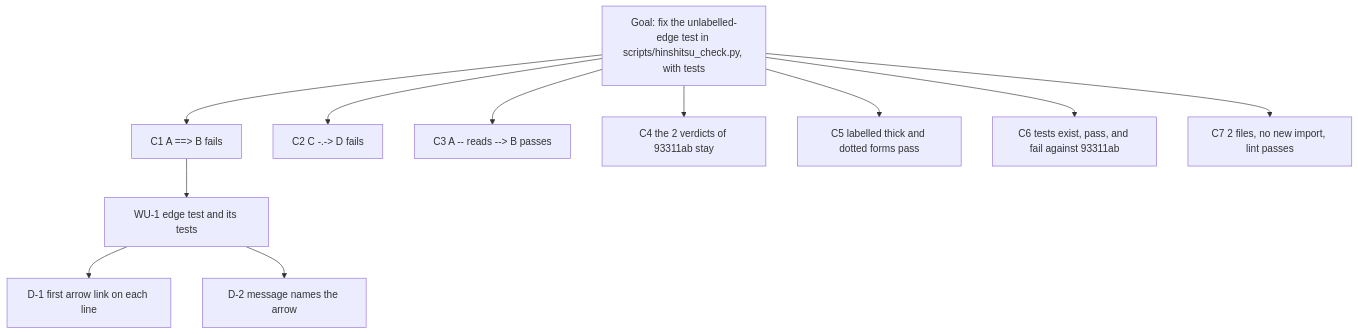
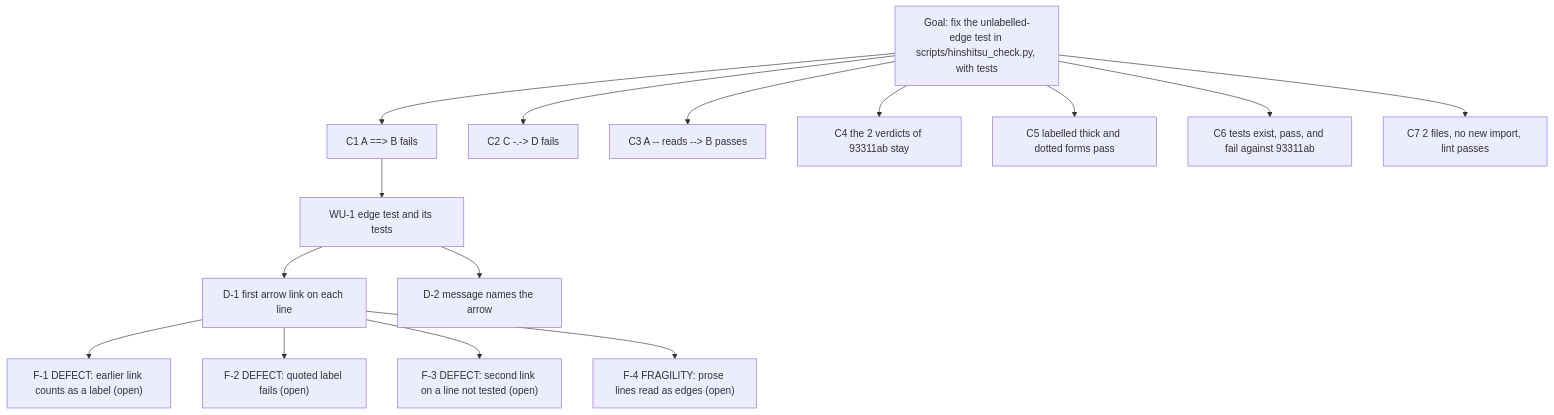
One commit to CatCorner22/devin changed the diagram in runs/2.1.0-mermaid-edges/MINDMAP.md. Above: the diagram before and after it, drawn with Mermaid. The commit also changed other lines of this file and 2 other files, not shown here.

Commit message:
log E-32 to E-35: FINDING F-1 to F-4, with mind map and session state

````diff
--- a/runs/2.1.0-mermaid-edges/MINDMAP.md
+++ b/runs/2.1.0-mermaid-edges/MINDMAP.md
@@ -21,14 +25,18 @@
 ```mermaid
 graph TD
   G["Goal: fix the unlabelled-edge test in scripts/hinshitsu_check.py, with tests"]
   G --> C1["C1 A ==> B fails"]
   G --> C2["C2 C -.-> D fails"]
   G --> C3["C3 A -- reads --> B passes"]
   G --> C4["C4 the 2 verdicts of 93311ab stay"]
   G --> C5["C5 labelled thick and dotted forms pass"]
   G --> C6["C6 tests exist, pass, and fail against 93311ab"]
   G --> C7["C7 2 files, no new import, lint passes"]
   C1 --> WU1["WU-1 edge test and its tests"]
   WU1 --> D1["D-1 first arrow link on each line"]
   WU1 --> D2["D-2 message names the arrow"]
+  D1 --> F1["F-1 DEFECT: earlier link counts as a label (open)"]
+  D1 --> F2["F-2 DEFECT: quoted label fails (open)"]
+  D1 --> F3["F-3 DEFECT: second link on a line not tested (open)"]
+  D1 --> F4["F-4 FRAGILITY: prose lines read as edges (open)"]
 ```
````
